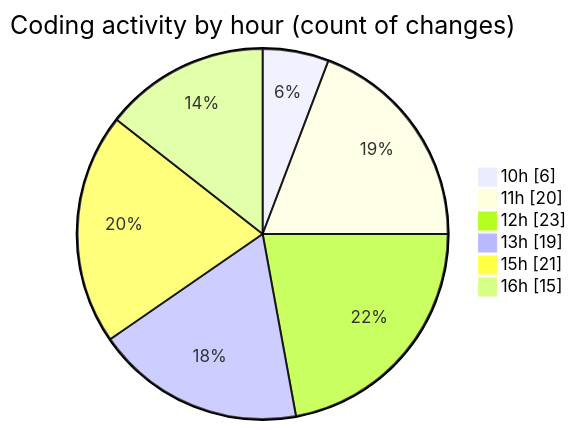
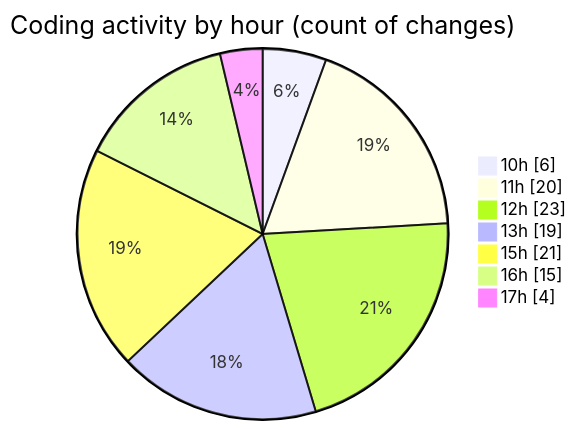
Before and after one commit to nxtqubesakshisongat/code-tracking: the second of 2 diagrams in 2025-05-05/nxtqube_webapp/README.md, drawn with Mermaid. The commit also changed other lines of this file and 1 other file, not shown here.

````diff
--- a/2025-05-05/nxtqube_webapp/README.md
+++ b/2025-05-05/nxtqube_webapp/README.md
@@ -32,10 +32,11 @@
 ```mermaid
 pie showData
 title Coding activity by hour (count of changes)
 "10h" : 6
 "11h" : 20
 "12h" : 23
 "13h" : 19
 "15h" : 21
 "16h" : 15
+"17h" : 4
 ```
````
